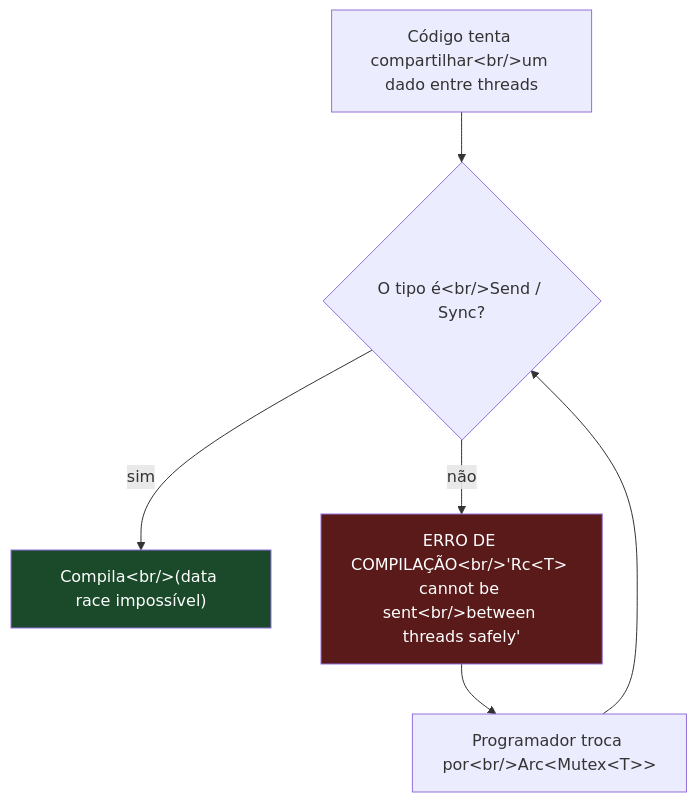
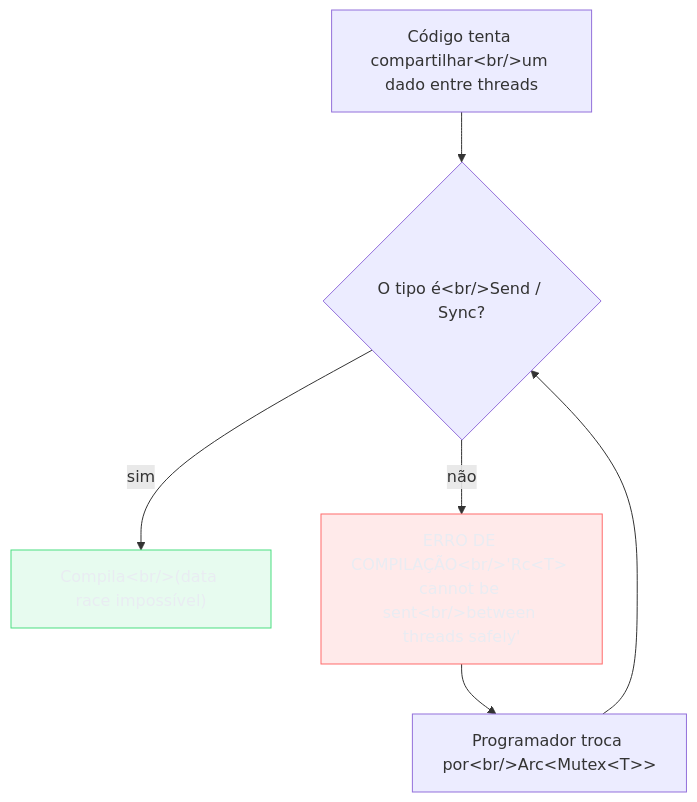
One commit to josenaldo/codex-technomanticus changed the fifth of 6 diagrams in 03-Dominios/Ciência/Concorrência e Paralelismo/10 - Memória compartilhada com threads e locks.md. Above: the diagram before and after it, drawn with Mermaid. The commit also changed other lines of this file and 1181 other files, not shown here.

First line of the commit message:
fix(diagramas): paleta do sistema no lugar de cor cravada no markdown

````diff
--- a/03-Dominios/Ciência/Concorrência e Paralelismo/10 - Memória compartilhada com threads e locks.md
+++ b/03-Dominios/Ciência/Concorrência e Paralelismo/10 - Memória compartilhada com threads e locks.md
@@ -262,15 +268,17 @@
 ```mermaid
 flowchart TB
+    classDef ok fill:#4ADE8021,stroke:#4ADE80,color:#E9ECF2
+    classDef falha fill:#FF6B6B24,stroke:#FF6B6B,color:#E9ECF2
     CODE["Código tenta compartilhar&lt;br/&gt;um dado entre threads"]
     CHECK{"O tipo é&lt;br/&gt;Send / Sync?"}
     OK["Compila&lt;br/&gt;(data race impossível)"]
     FAIL["ERRO DE COMPILAÇÃO&lt;br/&gt;'Rc&lt;T&gt; cannot be sent&lt;br/&gt;between threads safely'"]
     FIX["Programador troca por&lt;br/&gt;Arc&lt;Mutex&lt;T&gt;&gt;"]
     CODE --> CHECK
     CHECK -->|"sim"| OK
     CHECK -->|"não"| FAIL
     FAIL --> FIX
     FIX --> CHECK
-    style OK fill:#1a4a2a,color:#fff
-    style FAIL fill:#5a1a1a,color:#fff
+    class OK ok
+    class FAIL falha
 ```
````
